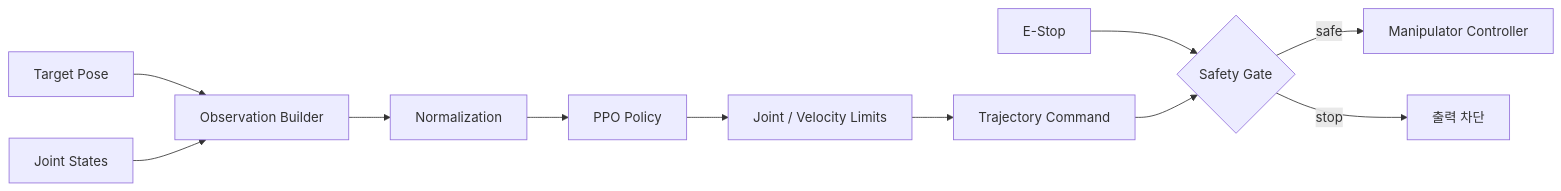
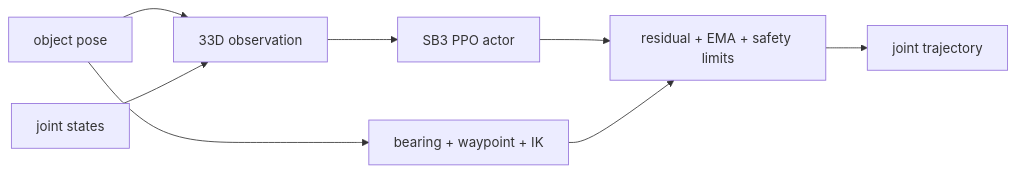
Before and after one commit to KweonTJ/Omx_Turtle_Bot: the diagram in omx_rl_control/README.md, drawn with Mermaid. The commit also changed other lines of this file and 50 other files, not shown here.

````diff
--- a/omx_rl_control/README.md
+++ b/omx_rl_control/README.md
@@ -25,14 +27,10 @@
 ```mermaid
 flowchart LR
-    TARGET[Target Pose] --> OBS[Observation Builder]
-    JOINT[Joint States] --> OBS
-    OBS --> NORM[Normalization]
-    NORM --> PPO[PPO Policy]
-    PPO --> LIMIT[Joint / Velocity Limits]
-    LIMIT --> CMD[Trajectory Command]
-
-    ESTOP[E-Stop] --> GATE{Safety Gate}
-    CMD --> GATE
-    GATE -->|safe| CTRL[Manipulator Controller]
-    GATE -->|stop| ZERO[출력 차단]
+    TARGET[object pose] --> OBS[33D observation]
+    JOINT[joint states] --> OBS
+    OBS --> PPO[SB3 PPO actor]
+    TARGET --> REF[bearing + waypoint + IK]
+    PPO --> LIMIT[residual + EMA + safety limits]
+    REF --> LIMIT
+    LIMIT --> ARM[joint trajectory]
 ```
````
